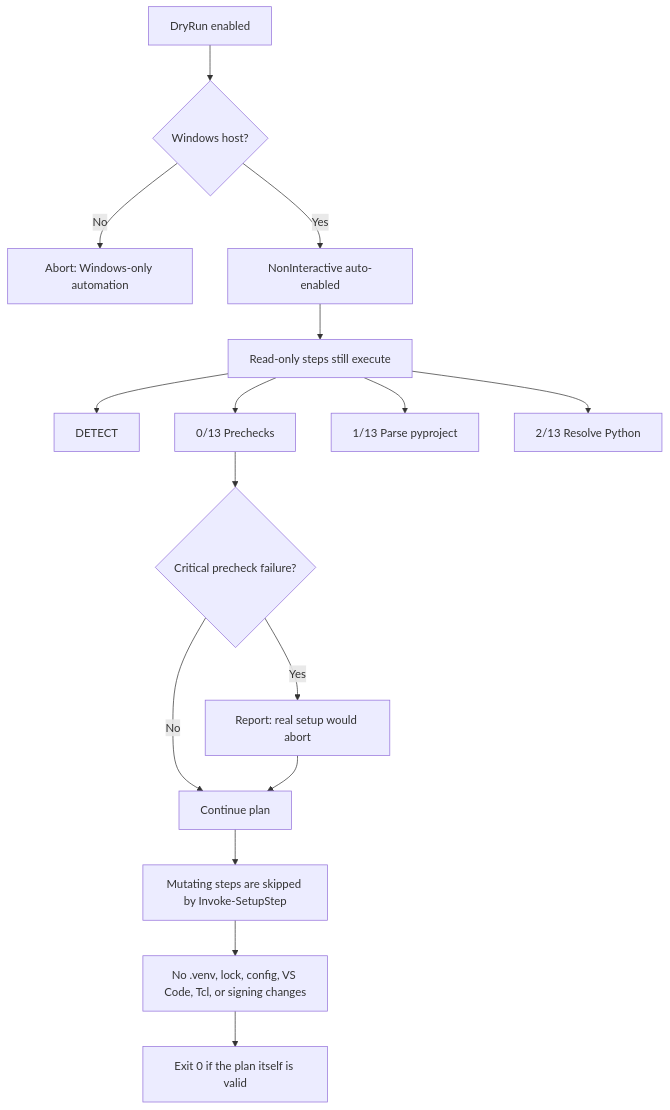
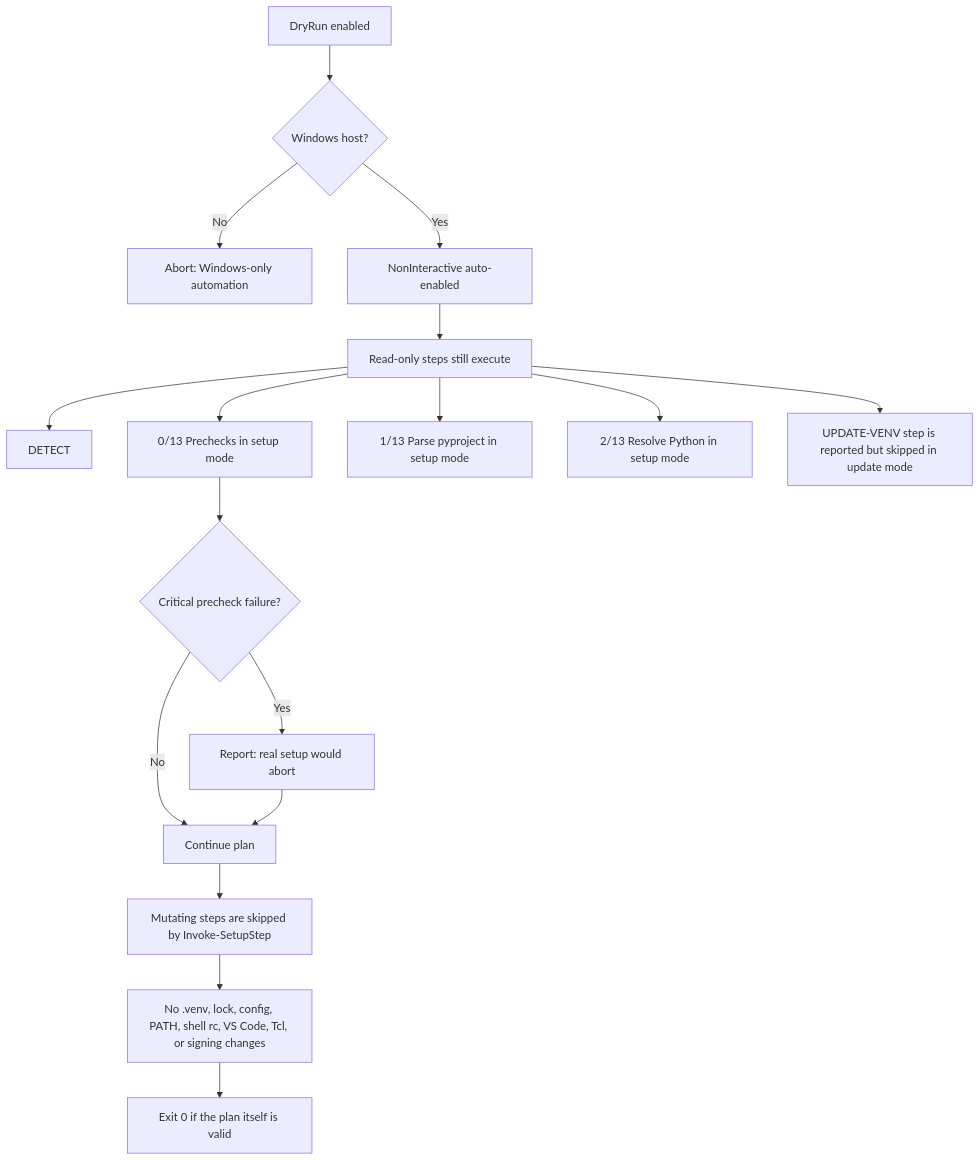
One commit to hadiibrahim-Engin/python_venv_Automation changed the third of 3 diagrams in scripts4PythonAutomation/Flow.md. Above: the diagram before and after it, drawn with Mermaid. The commit also changed other lines of this file and 8 other files, not shown here.

First line of the commit message:
Refactor setup-core.ps1 to act as a compatibility wrapper for PythonVenvAutomation

````diff
--- a/scripts4PythonAutomation/Flow.md
+++ b/scripts4PythonAutomation/Flow.md
@@ -197,18 +243,19 @@
 ```mermaid
 flowchart TD
     A[DryRun enabled] --> A1{Windows host?}
     A1 -->|No| A2[Abort: Windows-only automation]
     A1 -->|Yes| B[NonInteractive auto-enabled]
     B --> C[Read-only steps still execute]
     C --> C1[DETECT]
-    C --> C2[0/13 Prechecks]
-    C --> C3[1/13 Parse pyproject]
-    C --> C4[2/13 Resolve Python]
+    C --> C2[0/13 Prechecks in setup mode]
+    C --> C3[1/13 Parse pyproject in setup mode]
+    C --> C4[2/13 Resolve Python in setup mode]
+    C --> C5[UPDATE-VENV step is reported but skipped in update mode]
     C2 --> D{Critical precheck failure?}
     D -->|Yes| D1[Report: real setup would abort]
     D -->|No| E[Continue plan]
     D1 --> E
     E --> F[Mutating steps are skipped by Invoke-SetupStep]
-    F --> G[No .venv, lock, config, VS Code, Tcl, or signing changes]
+    F --> G[No .venv, lock, config, PATH, shell rc, VS Code, Tcl, or signing changes]
     G --> H[Exit 0 if the plan itself is valid]
 ```
````
